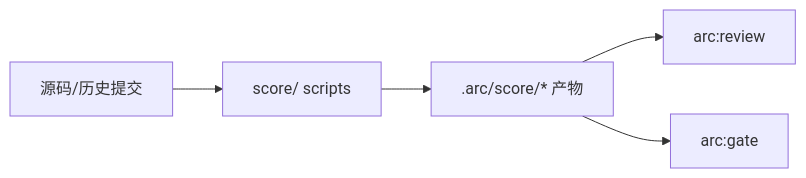
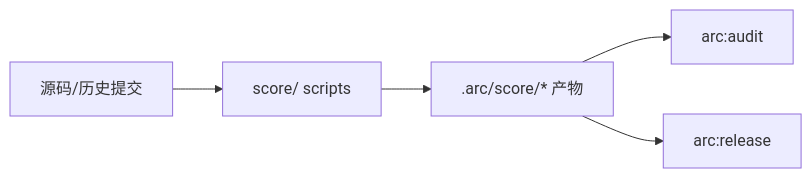
The diagram in score/CLAUDE.md (iwen-conf/Skills), drawn with Mermaid before and after one commit. The commit also changed other lines of this file and 51 other files, not shown here.

Commit message:
feat: refine arc skills and enhance audit dashboard

````diff
--- a/score/CLAUDE.md
+++ b/score/CLAUDE.md
@@ -56,7 +56,7 @@
 ```mermaid
 flowchart LR
   SRC["源码/历史提交"] --> SCORE["score/ scripts"]
   SCORE --> OUT[".arc/score/* 产物"]
-  OUT --> REVIEW["arc:review"]
-  OUT --> GATE["arc:gate"]
+  OUT --> REVIEW["arc:audit"]
+  OUT --> GATE["arc:release"]
 ```
````
